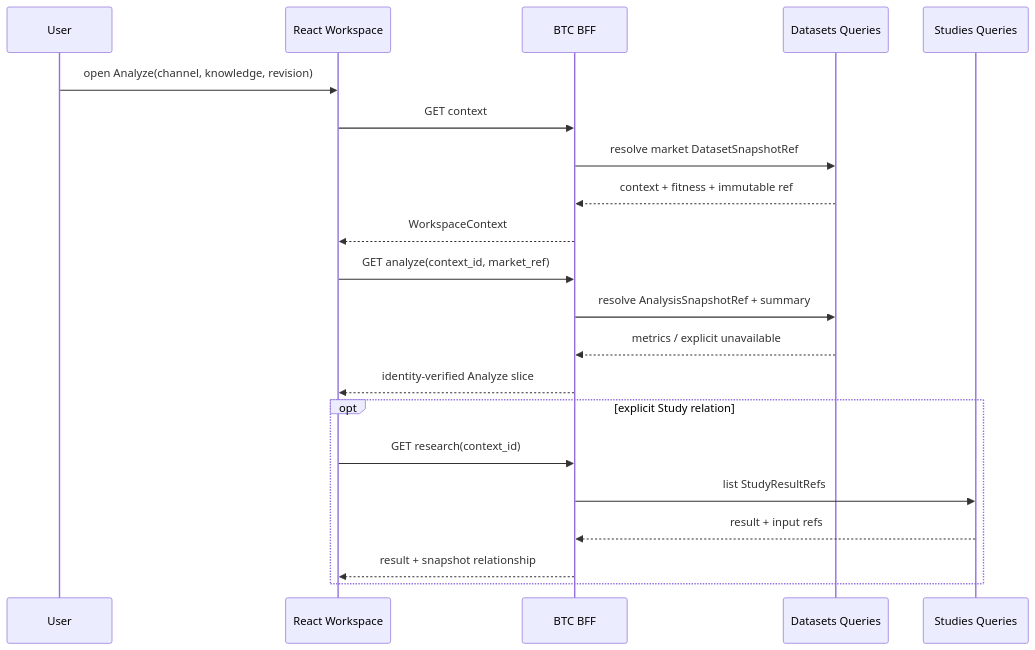
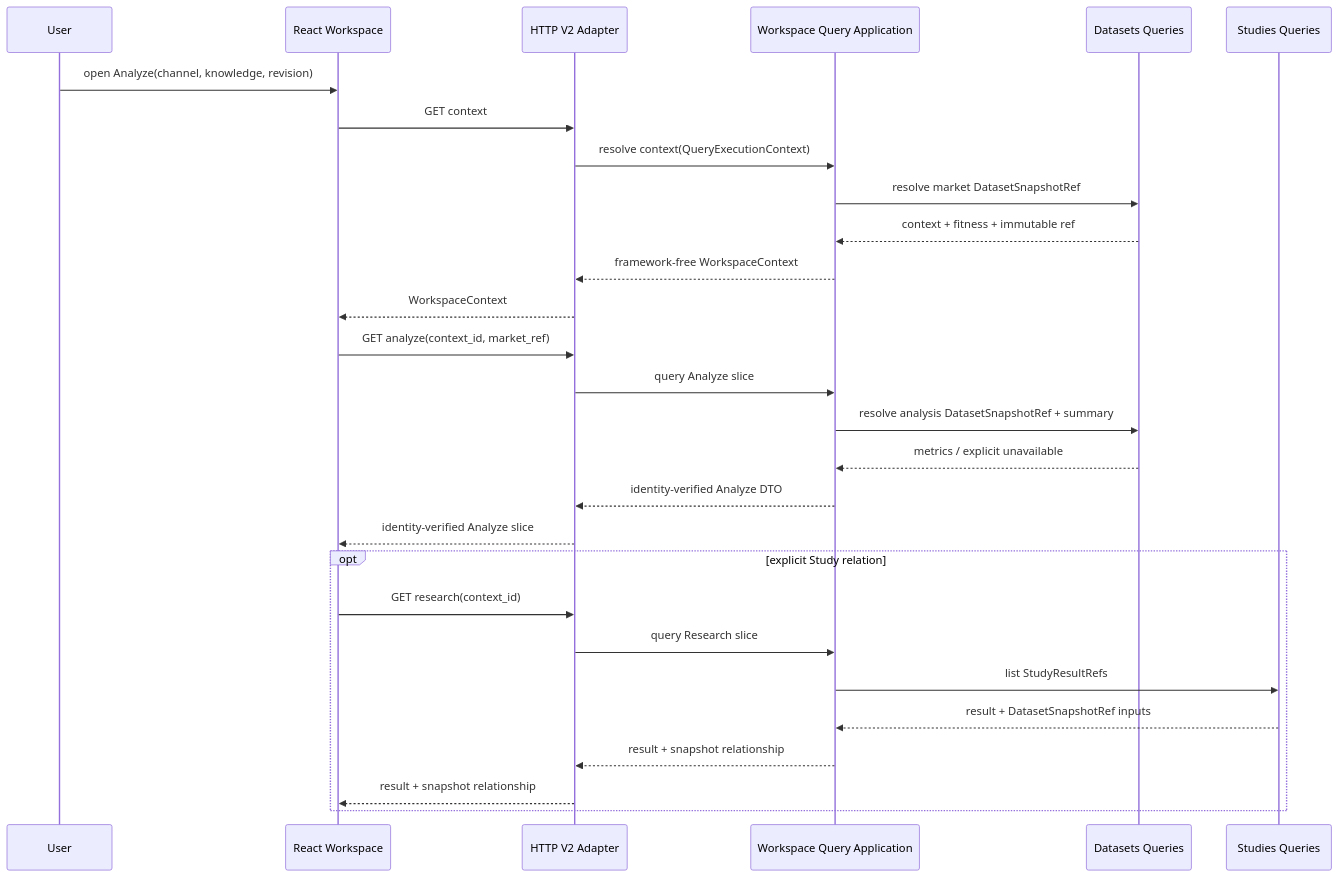
One commit to Hwloser/trade changed the third of 5 diagrams in openspec/changes/btc-observation-analysis-ui-v2/design.md. Above: the diagram before and after it, drawn with Mermaid. The commit also changed other lines of this file and 6 other files, not shown here.

First line of the commit message:
docs(openspec): address BTC workspace design review

````diff
--- a/openspec/changes/btc-observation-analysis-ui-v2/design.md
+++ b/openspec/changes/btc-observation-analysis-ui-v2/design.md
@@ -683,24 +748,31 @@
 ```mermaid
 sequenceDiagram
     participant U as User
     participant W as React Workspace
-    participant B as BTC BFF
+    participant H as HTTP V2 Adapter
+    participant Q as Workspace Query Application
     participant D as Datasets Queries
     participant S as Studies Queries
 
     U->>W: open Analyze(channel, knowledge, revision)
-    W->>B: GET context
-    B->>D: resolve market DatasetSnapshotRef
-    D-->>B: context + fitness + immutable ref
-    B-->>W: WorkspaceContext
-    W->>B: GET analyze(context_id, market_ref)
-    B->>D: resolve AnalysisSnapshotRef + summary
-    D-->>B: metrics / explicit unavailable
-    B-->>W: identity-verified Analyze slice
+    W->>H: GET context
+    H->>Q: resolve context(QueryExecutionContext)
+    Q->>D: resolve market DatasetSnapshotRef
+    D-->>Q: context + fitness + immutable ref
+    Q-->>H: framework-free WorkspaceContext
+    H-->>W: WorkspaceContext
+    W->>H: GET analyze(context_id, market_ref)
+    H->>Q: query Analyze slice
+    Q->>D: resolve analysis DatasetSnapshotRef + summary
+    D-->>Q: metrics / explicit unavailable
+    Q-->>H: identity-verified Analyze DTO
+    H-->>W: identity-verified Analyze slice
     opt explicit Study relation
-        W->>B: GET research(context_id)
-        B->>S: list StudyResultRefs
-        S-->>B: result + input refs
-        B-->>W: result + snapshot relationship
+        W->>H: GET research(context_id)
+        H->>Q: query Research slice
+        Q->>S: list StudyResultRefs
+        S-->>Q: result + DatasetSnapshotRef inputs
+        Q-->>H: result + snapshot relationship
+        H-->>W: result + snapshot relationship
     end
 ```
````
